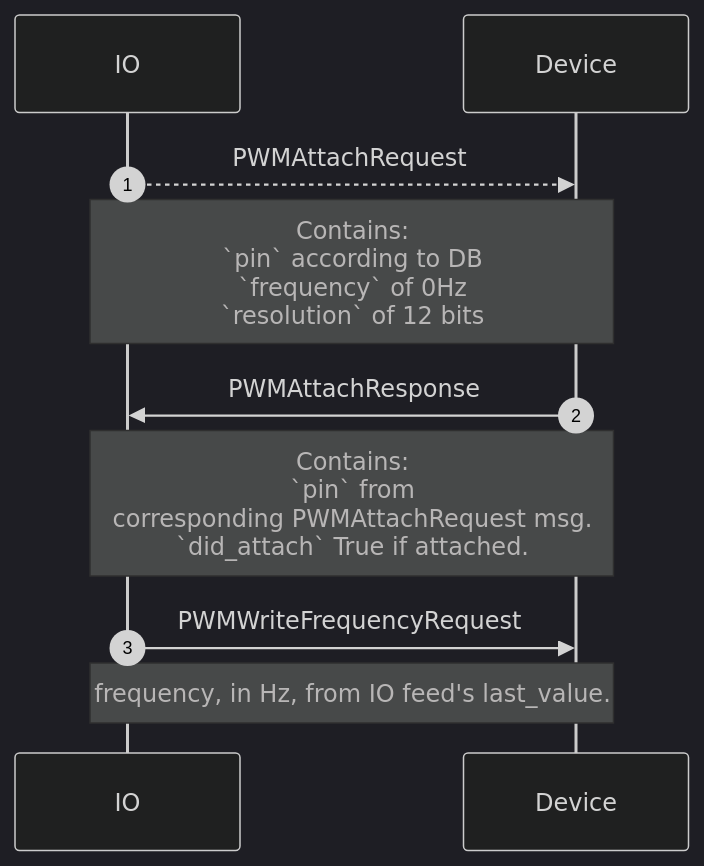
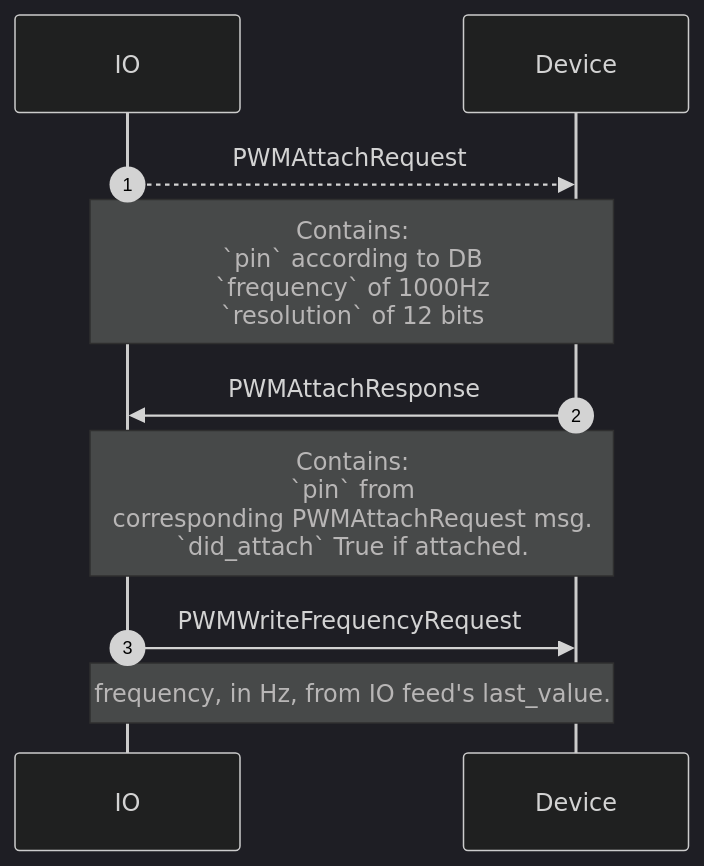
Before and after one commit to adafruit/Wippersnapper_Protobuf: the tenth of 10 diagrams in proto/wippersnapper/pwm/v1/pwm.md, drawn with Mermaid (dark theme). The commit also changed other lines of this file, not shown here.

````diff
--- a/proto/wippersnapper/pwm/v1/pwm.md
+++ b/proto/wippersnapper/pwm/v1/pwm.md
@@ -123,13 +123,13 @@
 ```mermaid
 sequenceDiagram
 autonumber
 
 IO-->>Device: PWMAttachRequest
-Note over IO, Device: Contains:<br> `pin` according to DB<br>`frequency` of 0Hz<br> `resolution` of 12 bits
+Note over IO, Device: Contains:<br> `pin` according to DB<br>`frequency` of 1000Hz<br> `resolution` of 12 bits
 
 Device->>IO: PWMAttachResponse
 Note over IO, Device: Contains:<br> `pin` from <br>corresponding PWMAttachRequest msg. <br>`did_attach` True if attached.
 
 IO->>Device: PWMWriteFrequencyRequest
 Note over IO, Device: frequency, in Hz, from IO feed's last_value.
 ```
````
